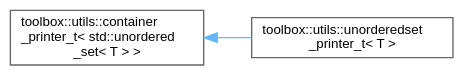
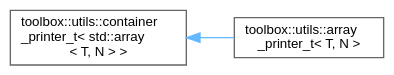
One commit to nerdneilsfield/cpp-toolbox changed the diagram in inherit_graph_170.dot. Above: the diagram before and after it, drawn with Graphviz. The commit also changed 405 other files, not shown here.

```diff
--- a/inherit_graph_170.dot
+++ b/inherit_graph_170.dot
@@ -1,11 +1,11 @@
 digraph "Graphical Class Hierarchy"
 {
  // LATEX_PDF_SIZE
   bgcolor="transparent";
   edge [fontname=Helvetica,fontsize=10,labelfontname=Helvetica,labelfontsize=10];
   node [fontname=Helvetica,fontsize=10,shape=box,height=0.2,width=0.4];
   rankdir="LR";
-  Node0 [id="Node000000",label="toolbox::utils::container\l_printer_t\< std::unordered\l_set\< T \> \>",height=0.2,width=0.4,color="grey40", fillcolor="white", style="filled",URL="$classtoolbox_1_1utils_1_1container__printer__t.html",tooltip=" "];
-  Node0 -> Node1 [id="edge117_Node000000_Node000001",dir="back",color="steelblue1",style="solid",tooltip=" "];
-  Node1 [id="Node000001",label="toolbox::utils::unorderedset\l_printer_t\< T \>",height=0.2,width=0.4,color="grey40", fillcolor="white", style="filled",URL="$classtoolbox_1_1utils_1_1unorderedset__printer__t.html",tooltip="Unordered Set 打印器/Unordered set printer."];
+  Node0 [id="Node000000",label="toolbox::utils::container\l_printer_t\< std::array\l\< T, N \> \>",height=0.2,width=0.4,color="grey40", fillcolor="white", style="filled",URL="$classtoolbox_1_1utils_1_1container__printer__t.html",tooltip=" "];
+  Node0 -> Node1 [id="edge116_Node000000_Node000001",dir="back",color="steelblue1",style="solid",tooltip=" "];
+  Node1 [id="Node000001",label="toolbox::utils::array\l_printer_t\< T, N \>",height=0.2,width=0.4,color="grey40", fillcolor="white", style="filled",URL="$classtoolbox_1_1utils_1_1array__printer__t.html",tooltip="Array 打印器/Array printer."];
 }
```
